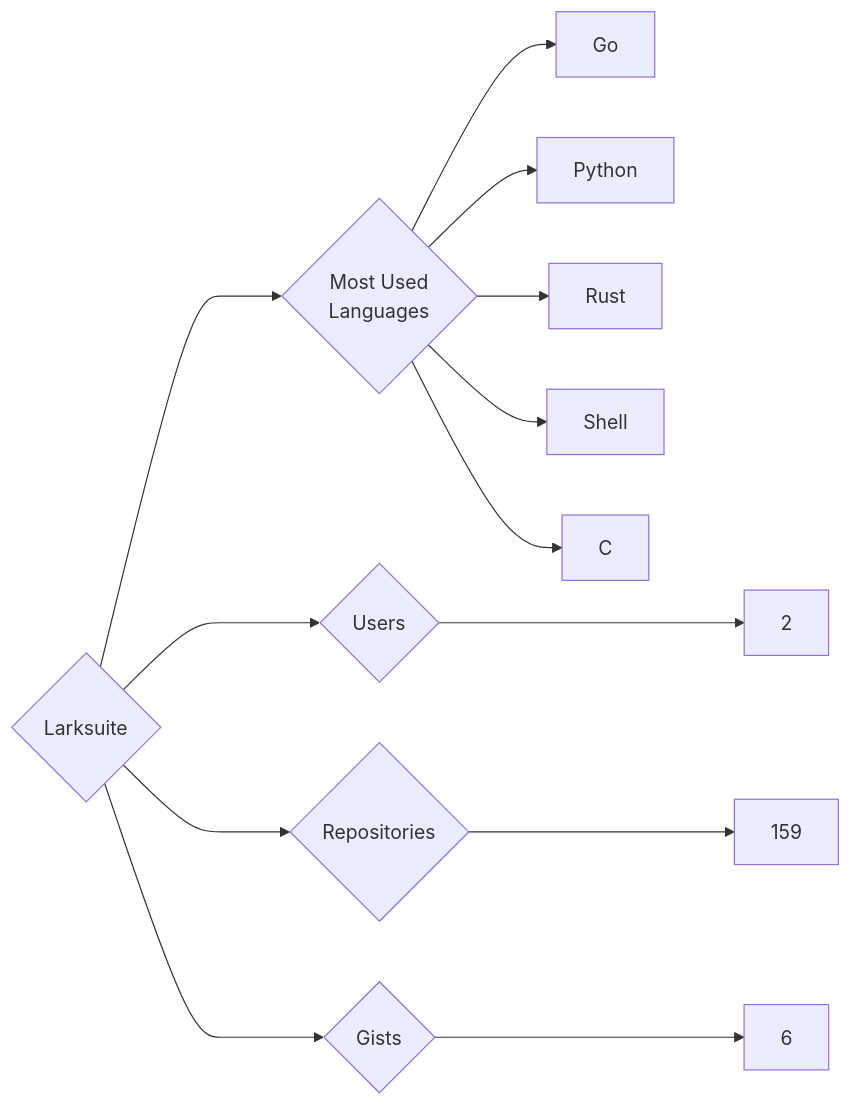
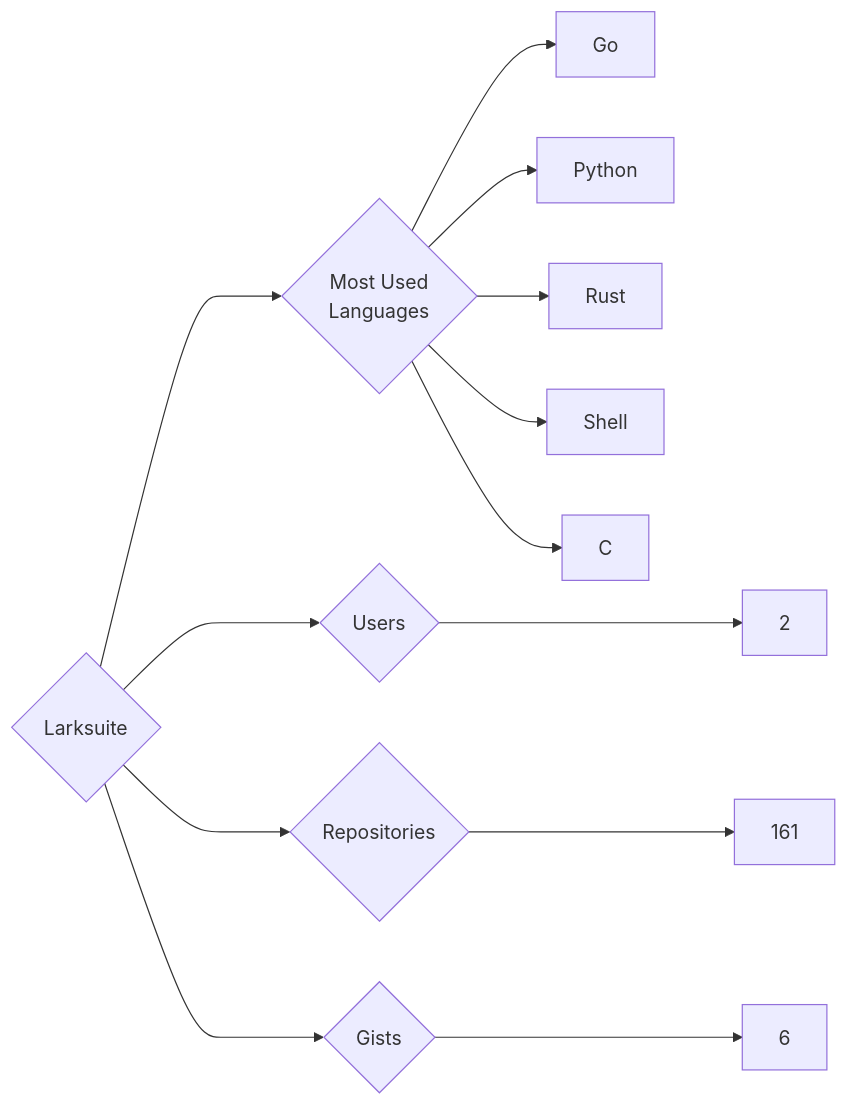
One commit to trickest/insiders changed the diagram in targets/Larksuite/README.md. Above: the diagram before and after it, drawn with Mermaid. The commit also changed 934 other files, not shown here.

````diff
--- a/targets/Larksuite/README.md
+++ b/targets/Larksuite/README.md
@@ -3,13 +3,13 @@
 ```mermaid
 graph LR
 COMPANY_NAME{Larksuite}
 COMPANY_NAME ---> U{Users} ---> UN[2]
-COMPANY_NAME ---> R{Repositories} ---> RN[159]
+COMPANY_NAME ---> R{Repositories} ---> RN[161]
 COMPANY_NAME ---> G{Gists} ---> GN[6]
 COMPANY_NAME ---> ML{Most Used<br>Languages}
 ML --> Go[Go]
 ML --> Python[Python]
 ML --> Rust[Rust]
 ML --> Shell[Shell]
 ML --> C[C]
 ```
````
